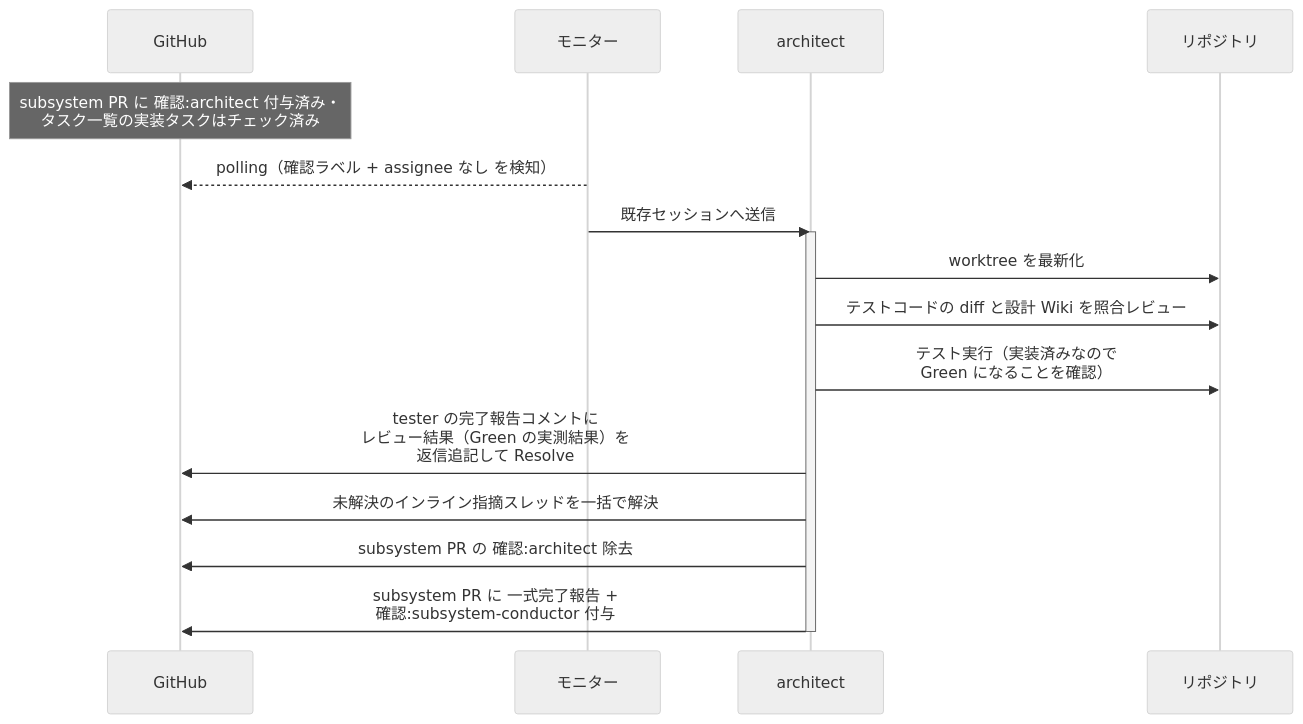
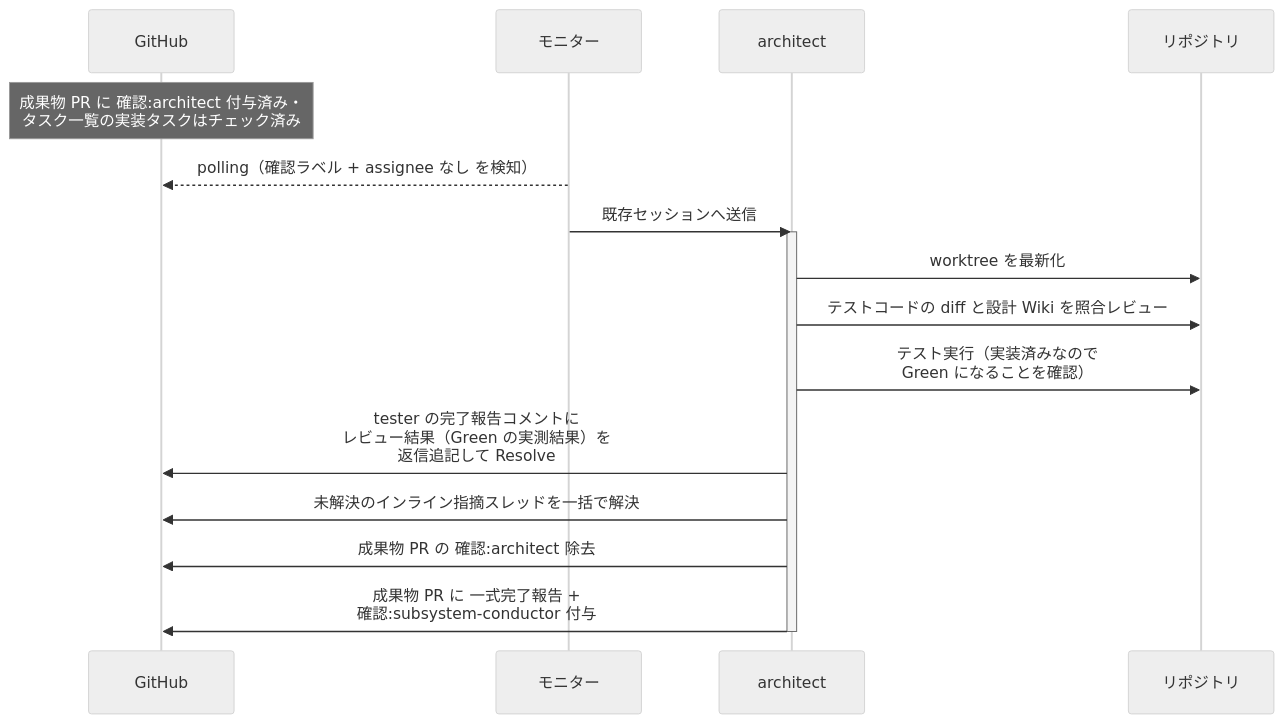
Before and after one commit to shuhei1101/ai-monitor: the second of 3 diagrams in docs/wiki/設計図/シナリオ/単一ユースケース/テストレビュー.md, drawn with Mermaid (neutral theme). The commit also changed other lines of this file and 256 other files, not shown here.

````diff
--- a/docs/wiki/設計図/シナリオ/単一ユースケース/テストレビュー.md
+++ b/docs/wiki/設計図/シナリオ/単一ユースケース/テストレビュー.md
@@ -75,20 +76,20 @@
 ```mermaid
 sequenceDiagram
   participant GH as GitHub
   participant ORC as モニター
   participant MON as architect
   participant REPO as リポジトリ
 
-  Note over GH: subsystem PR に 確認:architect 付与済み・<br>タスク一覧の実装タスクはチェック済み
+  Note over GH: 成果物 PR に 確認:architect 付与済み・<br>タスク一覧の実装タスクはチェック済み
   ORC-->>GH: polling（確認ラベル + assignee なし を検知）
   ORC->>MON: 既存セッションへ送信
   activate MON
   MON->>REPO: worktree を最新化
   MON->>REPO: テストコードの diff と設計 Wiki を照合レビュー
   MON->>REPO: テスト実行（実装済みなので<br>Green になることを確認）
   MON->>GH: tester の完了報告コメントに<br>レビュー結果（Green の実測結果）を<br>返信追記して Resolve
   MON->>GH: 未解決のインライン指摘スレッドを一括で解決
-  MON->>GH: subsystem PR の 確認:architect 除去
-  MON->>GH: subsystem PR に 一式完了報告 +<br>確認:subsystem-conductor 付与
+  MON->>GH: 成果物 PR の 確認:architect 除去
+  MON->>GH: 成果物 PR に 一式完了報告 +<br>確認:subsystem-conductor 付与
   deactivate MON
 ```
````
